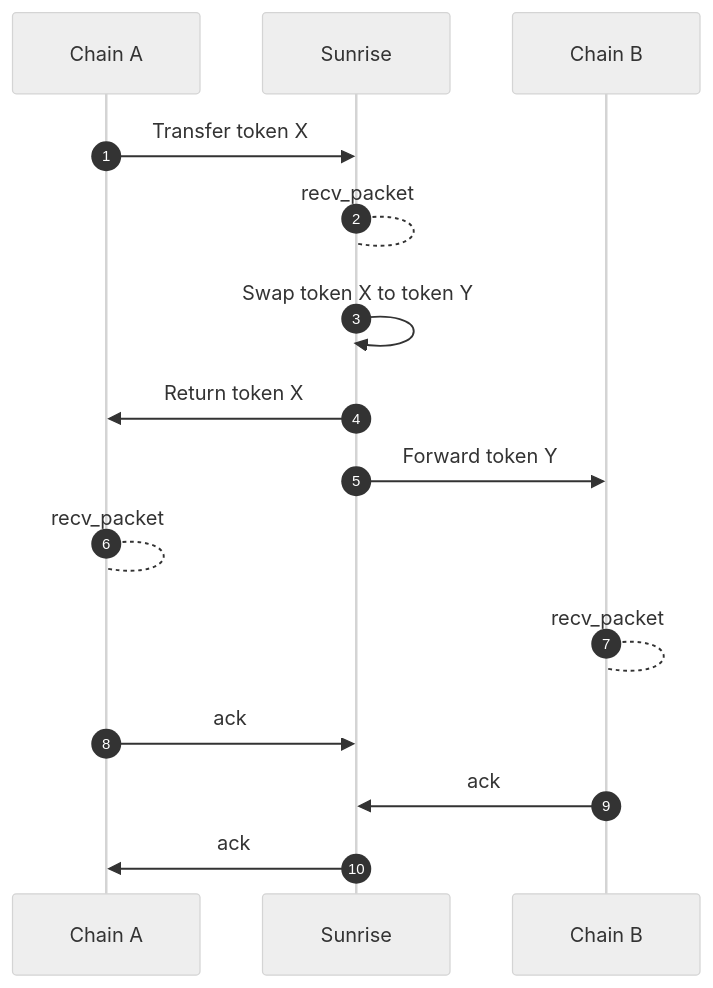
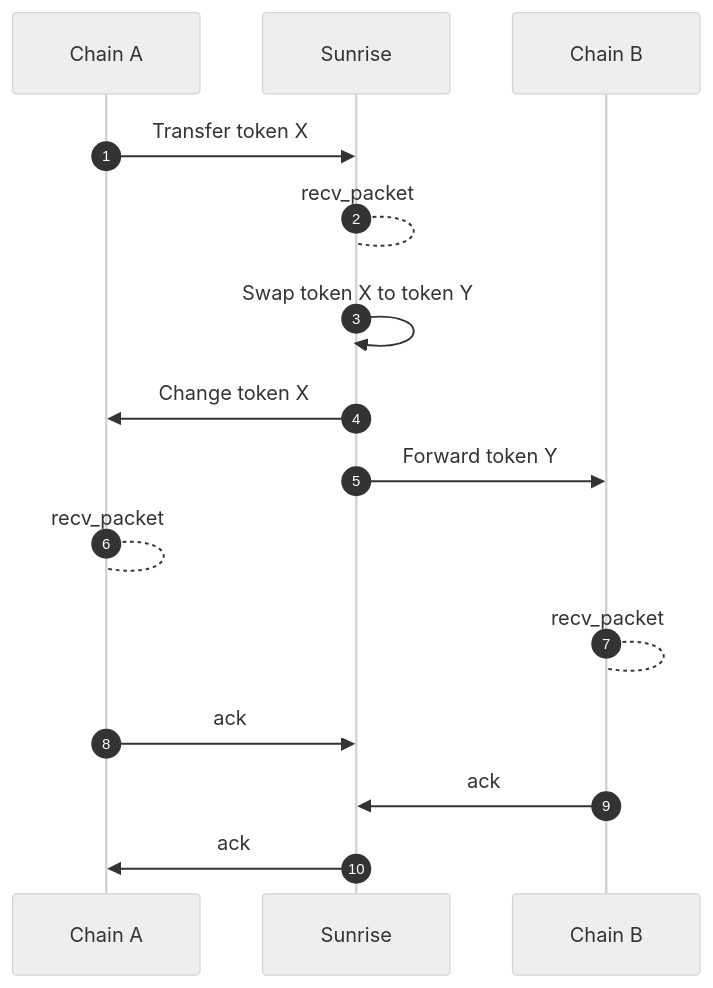
Before and after one commit to sunriselayer/sunrise: the third of 3 diagrams in x/swap/README.md, drawn with Mermaid (neutral theme). The commit also changed other lines of this file, not shown here.

````diff
--- a/x/swap/README.md
+++ b/x/swap/README.md
@@ -77,15 +77,15 @@
 ```mermaid
 sequenceDiagram
     autonumber
     Chain A ->> Sunrise: Transfer token X
     Sunrise --> Sunrise: recv_packet
     Sunrise ->> Sunrise: Swap token X to token Y
 
-    Sunrise ->> Chain A: Return token X
+    Sunrise ->> Chain A: Change token X
     Sunrise ->> Chain B: Forward token Y
     Chain A --> Chain A: recv_packet
     Chain B --> Chain B: recv_packet
     Chain A ->> Sunrise: ack
     Chain B ->> Sunrise: ack
     Sunrise ->> Chain A: ack
 ```
````
